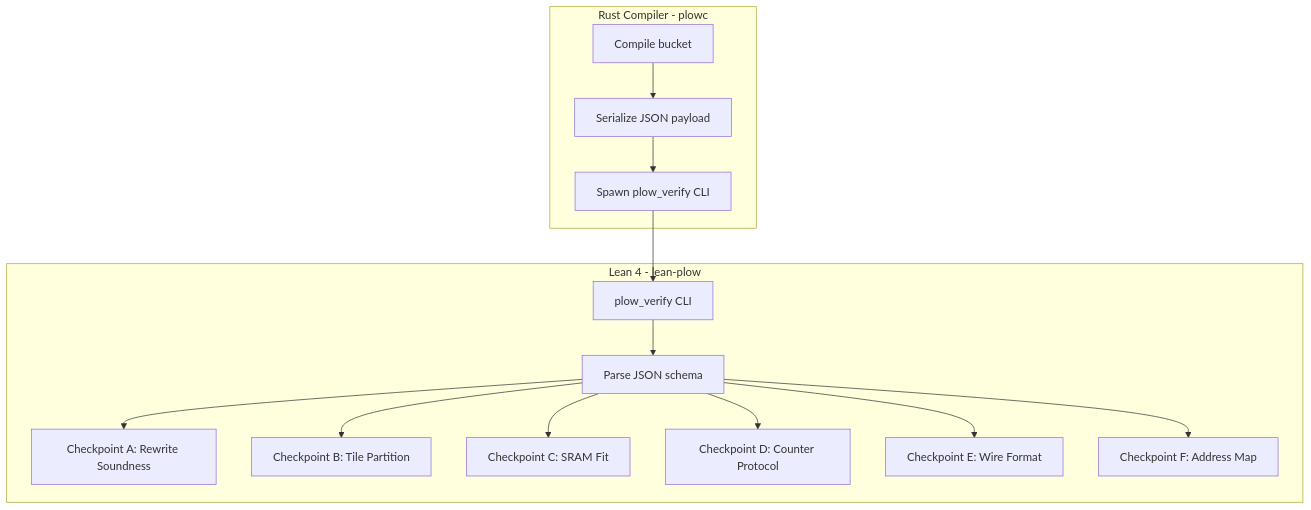
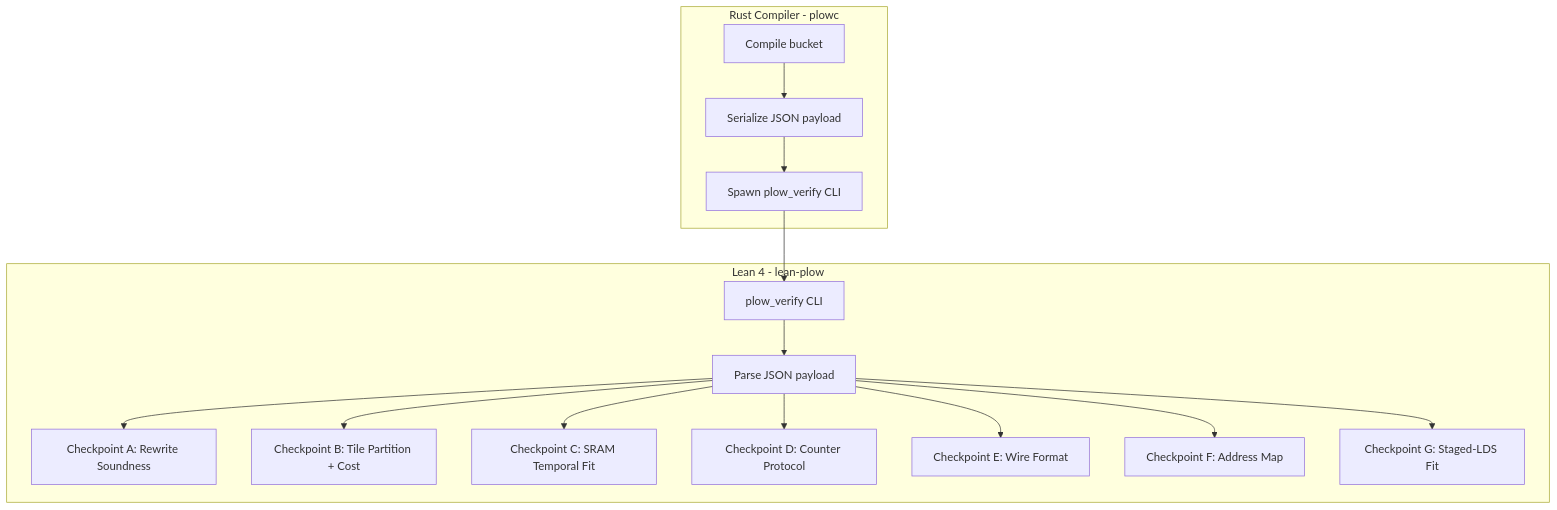
The first of 2 diagrams in docs/arch/08-formal-verification.md (infervisor/plow), drawn with Mermaid before and after one commit. The commit also changed other lines of this file and 325 other files, not shown here.

````diff
--- a/docs/arch/08-formal-verification.md
+++ b/docs/arch/08-formal-verification.md
@@ -9,28 +9,30 @@
 ```mermaid
 flowchart TD
     subgraph Rust Compiler - plowc
         COMP[Compile bucket]
         SER[Serialize JSON payload]
         INVOKE[Spawn plow_verify CLI]
     end
 
     subgraph Lean 4 - lean-plow
         CLI[plow_verify CLI]
-        PARSE[Parse JSON schema]
+        PARSE[Parse JSON payload]
         CK_A[Checkpoint A: Rewrite Soundness]
-        CK_B[Checkpoint B: Tile Partition]
-        CK_C[Checkpoint C: SRAM Fit]
+        CK_B[Checkpoint B: Tile Partition + Cost]
+        CK_C[Checkpoint C: SRAM Temporal Fit]
         CK_D[Checkpoint D: Counter Protocol]
         CK_E[Checkpoint E: Wire Format]
         CK_F[Checkpoint F: Address Map]
+        CK_G[Checkpoint G: Staged-LDS Fit]
     end
 
     COMP --> SER --> INVOKE --> CLI
     CLI --> PARSE
     PARSE --> CK_A
     PARSE --> CK_B
     PARSE --> CK_C
     PARSE --> CK_D
     PARSE --> CK_E
     PARSE --> CK_F
+    PARSE --> CK_G
 ```
````
